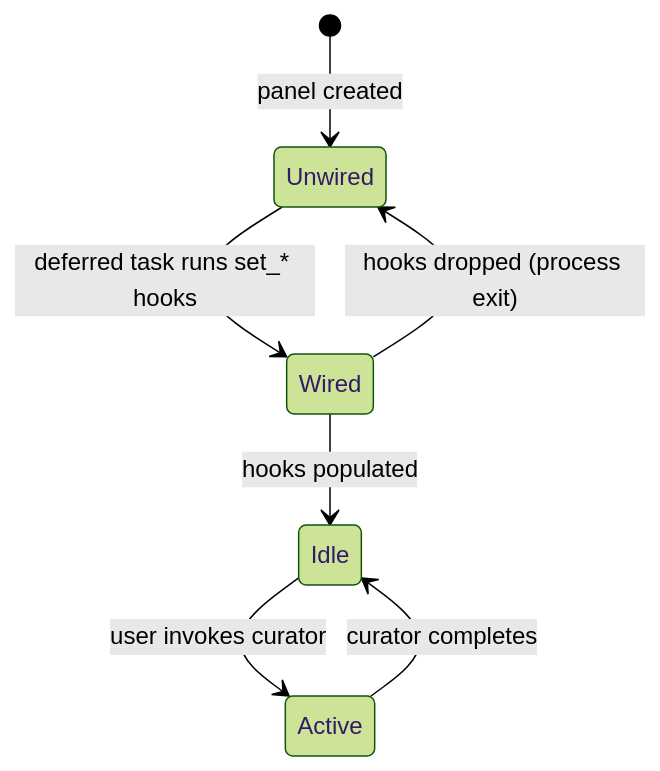
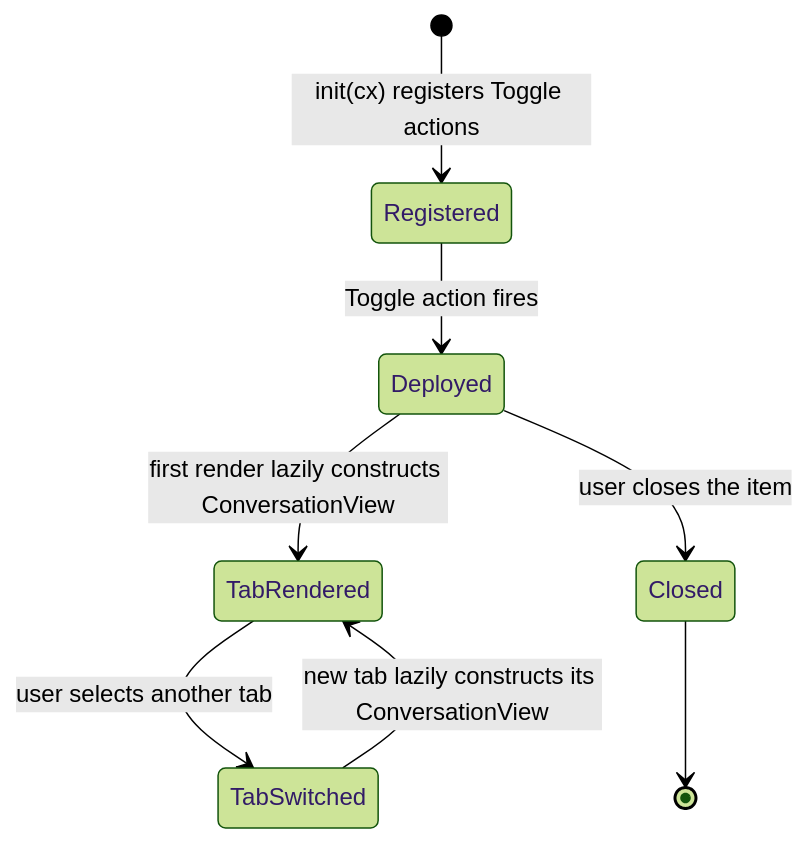
The diagram in kask/docs/diataxis/kask_panel/explanation.md (mdz-axo/zed-kask), drawn with Mermaid (forest theme) before and after one commit. The commit also changed other lines of this file and 16 other files, not shown here.

````diff
--- a/kask/docs/diataxis/kask_panel/explanation.md
+++ b/kask/docs/diataxis/kask_panel/explanation.md
@@ -32,9 +35,10 @@
 ```mermaid
 stateDiagram-v2
-    [*] --> Unwired: panel created
-    Unwired --> Wired: deferred task runs set_* hooks
-    Wired --> Idle: hooks populated
-    Idle --> Active: user invokes curator
-    Active --> Idle: curator completes
-    Wired --> Unwired: hooks dropped (process exit)
+    [*] --> Registered: init(cx) registers Toggle actions
+    Registered --> Deployed: Toggle action fires
+    Deployed --> TabRendered: first render lazily constructs ConversationView
+    TabRendered --> TabSwitched: user selects another tab
+    TabSwitched --> TabRendered: new tab lazily constructs its ConversationView
+    Deployed --> Closed: user closes the item
+    Closed --> [*]
 ```
````
